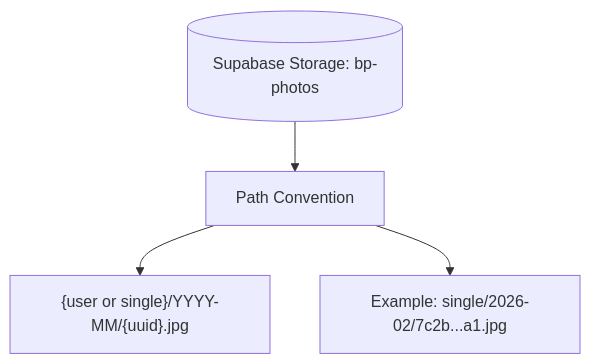
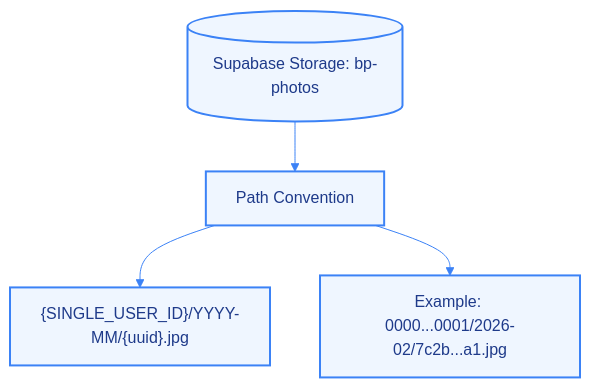
The fourth of 6 diagrams in ARCHITECTURE.md (sanketmuchhala/BloodPressure_tracker), drawn with Mermaid before and after one commit. The commit also changed other lines of this file and 1 other file, not shown here.

First line of the commit message:
Revise architecture docs and diagrams

````diff
--- a/ARCHITECTURE.md
+++ b/ARCHITECTURE.md
@@ -81,7 +88,10 @@
 ```mermaid
+%%{init: {'theme': 'base', 'themeVariables': { 'primaryColor': '#eff6ff', 'primaryTextColor': '#1e3a8a', 'primaryBorderColor': '#3b82f6', 'lineColor': '#3b82f6', 'secondaryColor': '#eff6ff', 'tertiaryColor': '#eff6ff'}}}%%
 flowchart TB
+  classDef default fill:#eff6ff,stroke:#3b82f6,stroke-width:2px,color:#1e3a8a;
+
   ST[(Supabase Storage: bp-photos)]
   ST --> P[Path Convention]
-  P --> EX1["{user or single}/YYYY-MM/{uuid}.jpg"]
-  P --> EX2["Example: single/2026-02/7c2b...a1.jpg"]
+  P --> EX1["{SINGLE_USER_ID}/YYYY-MM/{uuid}.jpg"]
+  P --> EX2["Example: 0000...0001/2026-02/7c2b...a1.jpg"]
 ```
````
